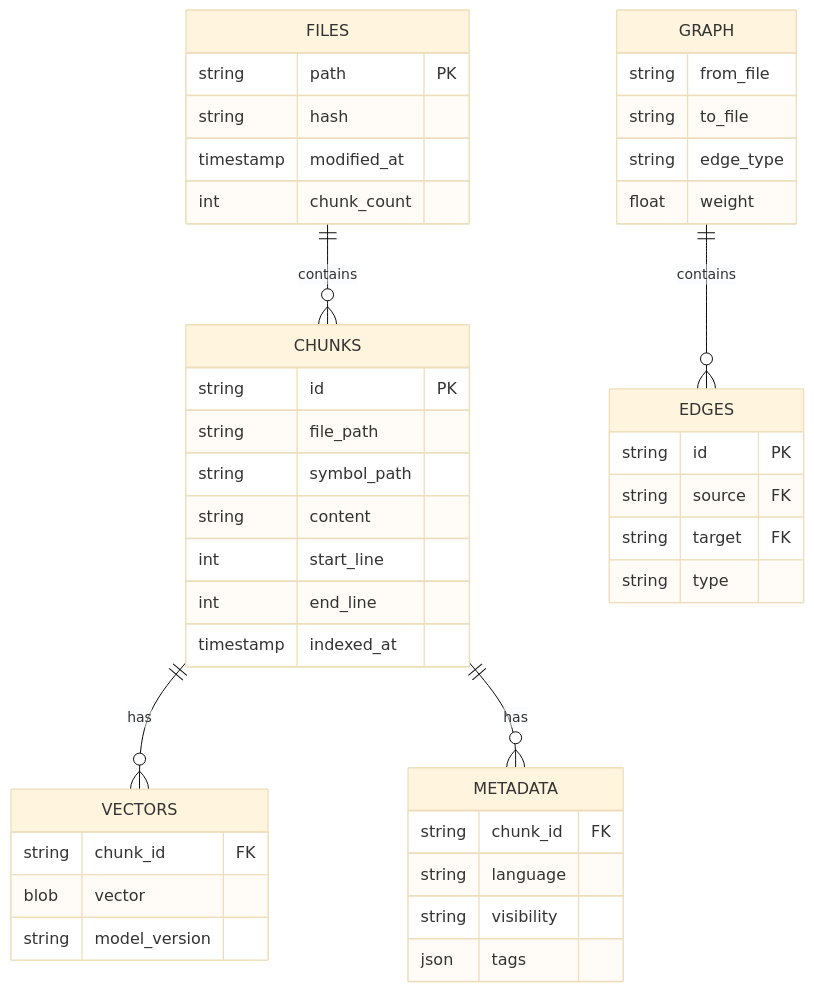
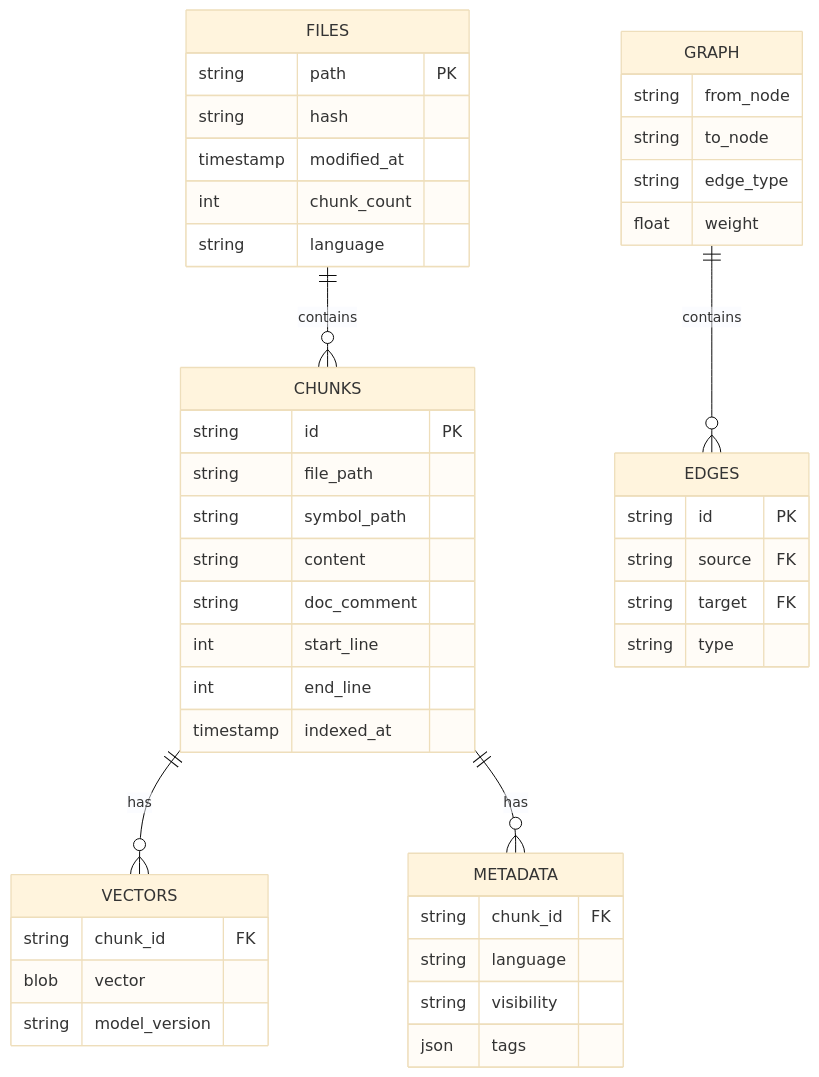
Before and after one commit to steeltroops-ai/omnicontext: the ninth of 13 diagrams in website/docs/architecture.md, drawn with Mermaid (base theme). The commit also changed other lines of this file and 71 other files, not shown here.

````diff
--- a/website/docs/architecture.md
+++ b/website/docs/architecture.md
@@ -320,51 +398,53 @@
 ```mermaid
 erDiagram
+    FILES ||--o{ CHUNKS : contains
     CHUNKS ||--o{ VECTORS : has
     CHUNKS ||--o{ METADATA : has
-    FILES ||--o{ CHUNKS : contains
     GRAPH ||--o{ EDGES : contains
-    
+
+    FILES {
+        string path PK
+        string hash
+        timestamp modified_at
+        int chunk_count
+        string language
+    }
+
     CHUNKS {
         string id PK
         string file_path
         string symbol_path
         string content
+        string doc_comment
         int start_line
         int end_line
         timestamp indexed_at
     }
-    
+
     VECTORS {
         string chunk_id FK
         blob vector
         string model_version
     }
-    
+
     METADATA {
         string chunk_id FK
         string language
         string visibility
         json tags
     }
-    
-    FILES {
-        string path PK
-        string hash
-        timestamp modified_at
-        int chunk_count
-    }
-    
+
     GRAPH {
-        string from_file
-        string to_file
+        string from_node
+        string to_node
         string edge_type
         float weight
     }
-    
+
     EDGES {
         string id PK
         string source FK
         string target FK
         string type
     }
 ```
````
